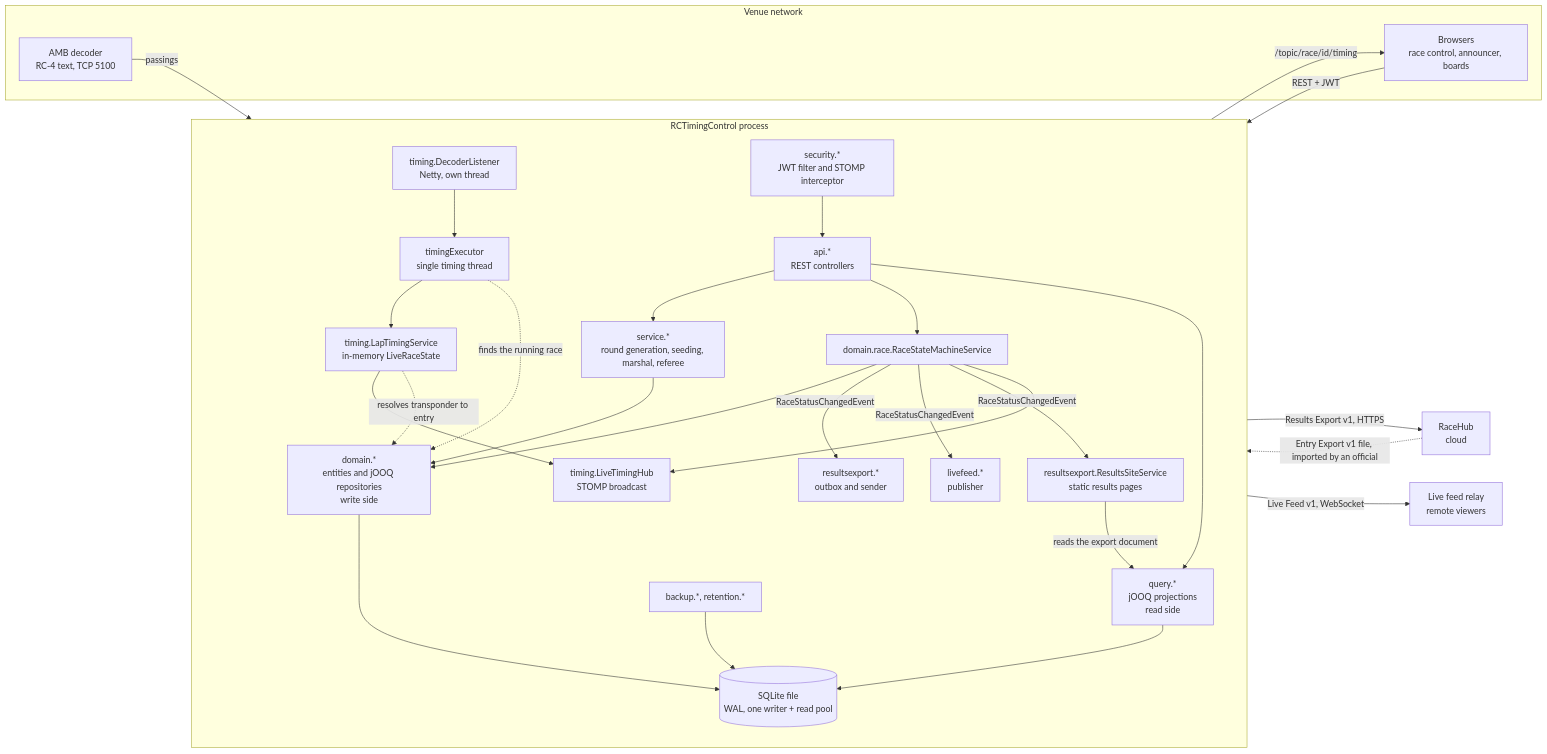
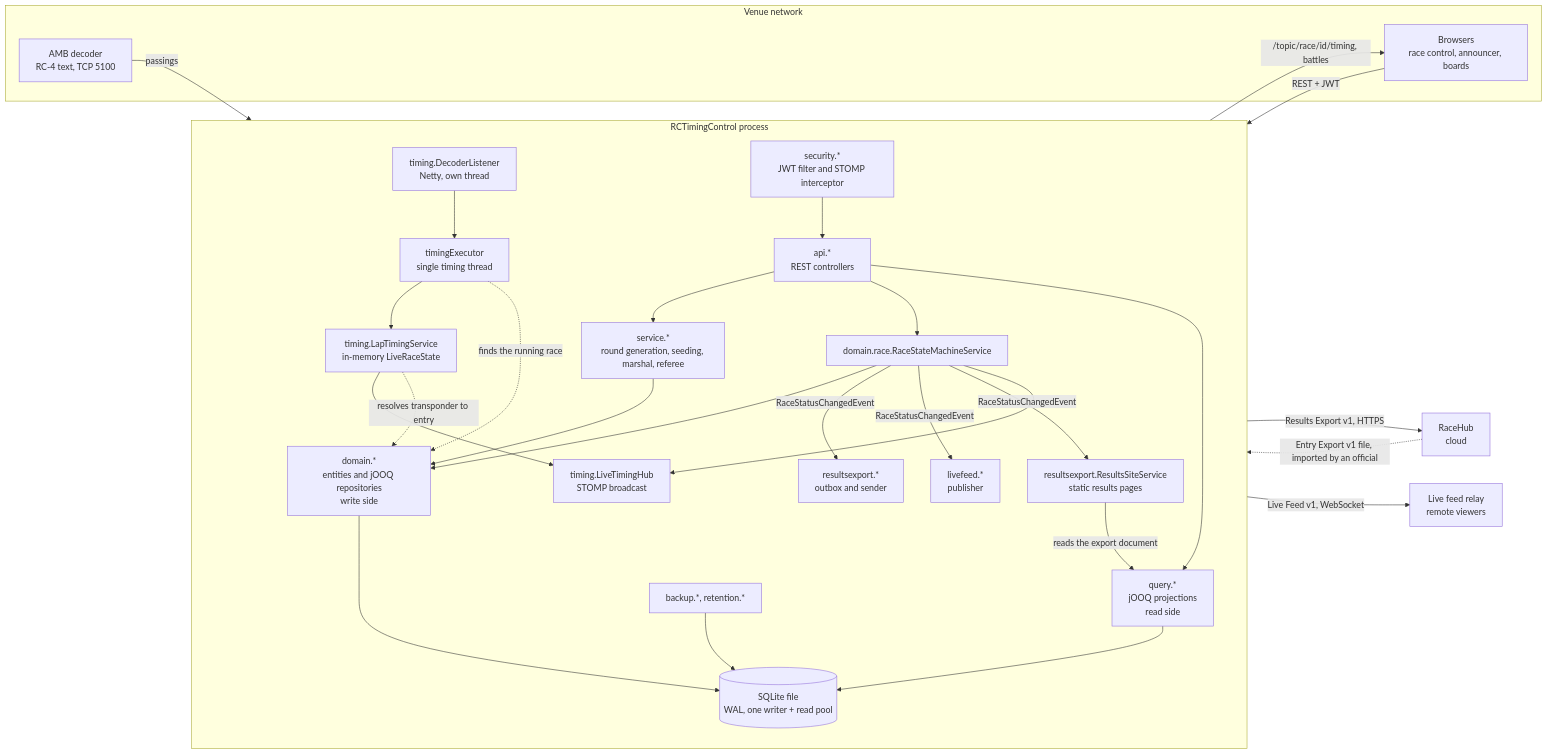
The diagram in docs/developer/components.md (RCRaceHub/RCTimingControl), drawn with Mermaid before and after one commit. The commit also changed 33 other files, not shown here.

First line of the commit message:
Work out battles on the timing laptop and serve them over REST and STOMP (#507)

````diff
--- a/docs/developer/components.md
+++ b/docs/developer/components.md
@@ -5,48 +5,48 @@
 ```mermaid
 flowchart LR
     subgraph venue[Venue network]
         dec[AMB decoder<br/>RC-4 text, TCP 5100]
         br[Browsers<br/>race control, announcer, boards]
     end
 
     subgraph app[RCTimingControl process]
         direction TB
         dl[timing.DecoderListener<br/>Netty, own thread]
         te[timingExecutor<br/>single timing thread]
         lts[timing.LapTimingService<br/>in-memory LiveRaceState]
         hub[timing.LiveTimingHub<br/>STOMP broadcast]
         api[api.*<br/>REST controllers]
         sec[security.*<br/>JWT filter and STOMP interceptor]
         dom[domain.*<br/>entities and jOOQ repositories<br/>write side]
         svc[service.*<br/>round generation, seeding, marshal, referee]
         qry[query.*<br/>jOOQ projections<br/>read side]
         sm[domain.race.RaceStateMachineService]
         rx[resultsexport.*<br/>outbox and sender]
         rs[resultsexport.ResultsSiteService<br/>static results pages]
         lf[livefeed.*<br/>publisher]
         bk[backup.*, retention.*]
         db[(SQLite file<br/>WAL, one writer + read pool)]
     end
 
     rh[RaceHub<br/>cloud]
     relay[Live feed relay<br/>remote viewers]
 
     dec -->|passings| dl --> te --> lts
-    lts --> hub -->|/topic/race/id/timing| br
+    lts --> hub -->|/topic/race/id/timing, battles| br
     br -->|REST + JWT| sec --> api
     api --> svc --> dom --> db
     api --> sm
     api --> qry --> db
     sm --> dom
     sm -->|RaceStatusChangedEvent| rx
     sm -->|RaceStatusChangedEvent| lf
     sm -->|RaceStatusChangedEvent| rs
     rs -->|reads the export document| qry
     sm --> hub
     te -.->|finds the running race| dom
     lts -.->|resolves transponder to entry| dom
     rx -->|Results Export v1, HTTPS| rh
     rh -.->|Entry Export v1 file, imported by an official| api
     lf -->|Live Feed v1, WebSocket| relay
     bk --> db
 ```
````
